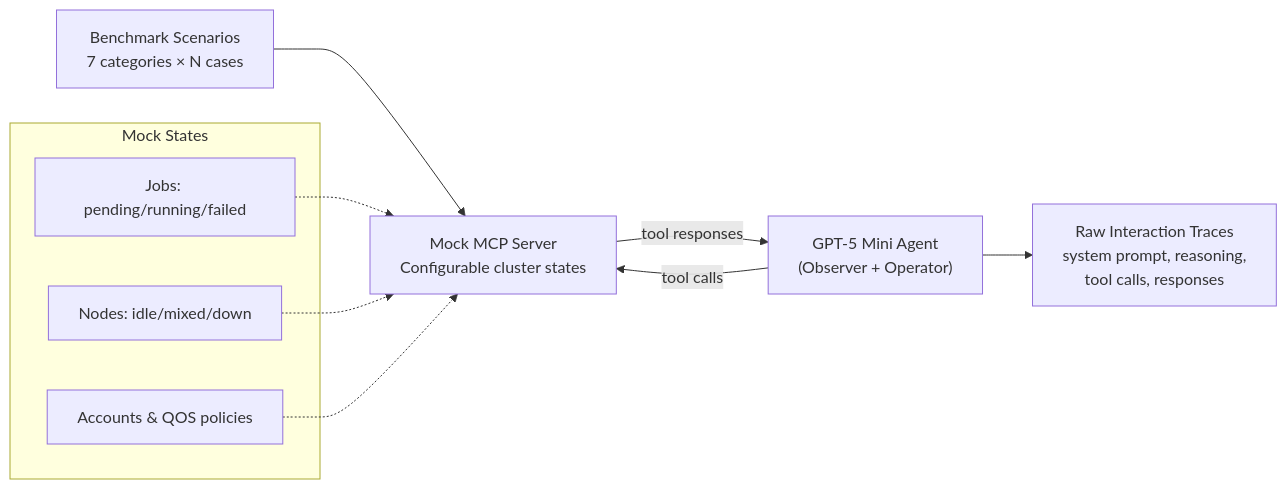
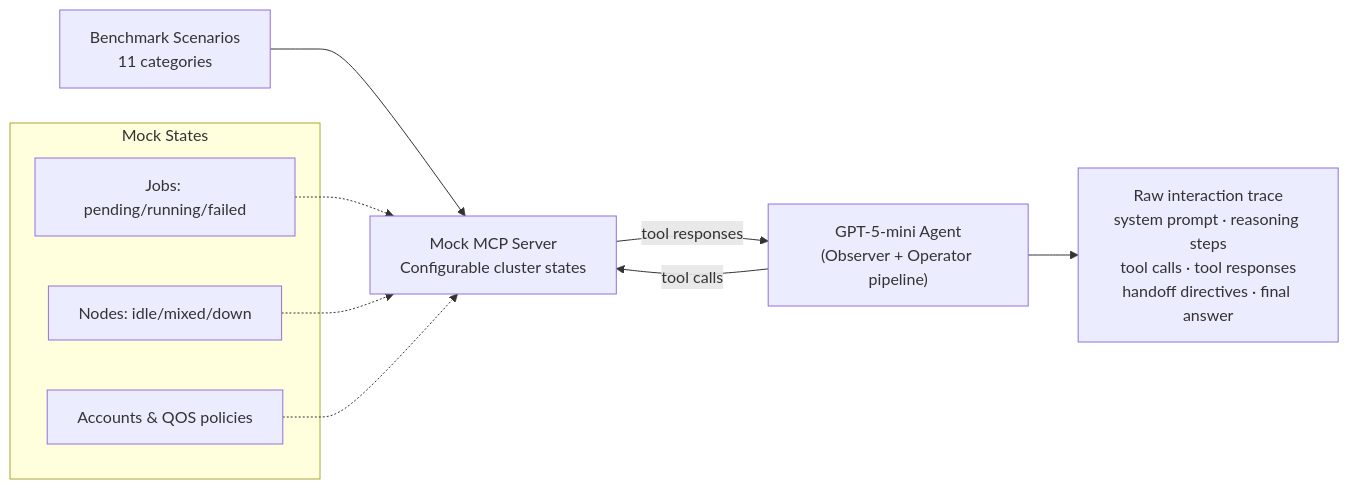
Before and after one commit to DanhNguyennene/capstone_project_final: the diagram in report/mcp_mock_data_collection.mmd, drawn with Mermaid. The commit also changed 454 other files, not shown here.

```diff
--- a/report/mcp_mock_data_collection.mmd
+++ b/report/mcp_mock_data_collection.mmd
@@ -1,14 +1,14 @@
 flowchart LR
-    A["Benchmark Scenarios\n7 categories × N cases"] --> B["Mock MCP Server\nConfigurable cluster states"]
-    B -->|"tool responses"| C["GPT-5 Mini Agent\n(Observer + Operator)"]
+    A["Benchmark Scenarios\n11 categories"] --> B["Mock MCP Server\nConfigurable cluster states"]
+    B -->|"tool responses"| C["GPT-5-mini Agent\n(Observer + Operator pipeline)"]
     C -->|"tool calls"| B
-    C --> D["Raw Interaction Traces\nsystem prompt, reasoning,\ntool calls, responses"]
+    C --> D["Raw interaction trace\nsystem prompt · reasoning steps\ntool calls · tool responses\nhandoff directives · final answer"]
 
     subgraph Mock States
         B1["Jobs: pending/running/failed"]
         B2["Nodes: idle/mixed/down"]
         B3["Accounts & QOS policies"]
     end
     B1 -.-> B
     B2 -.-> B
     B3 -.-> B
```
